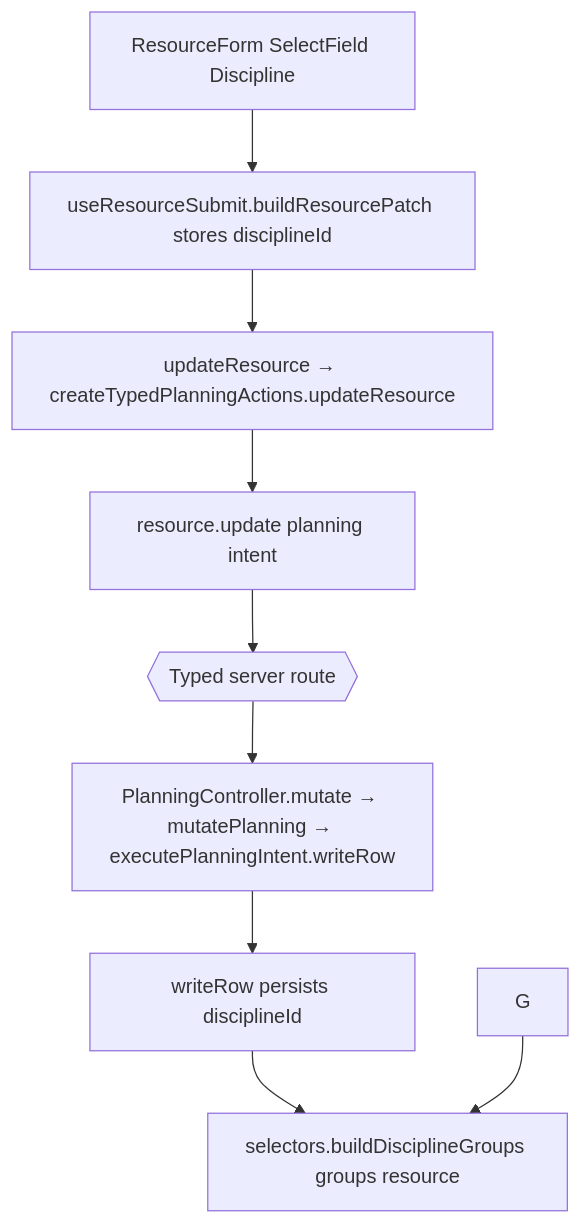
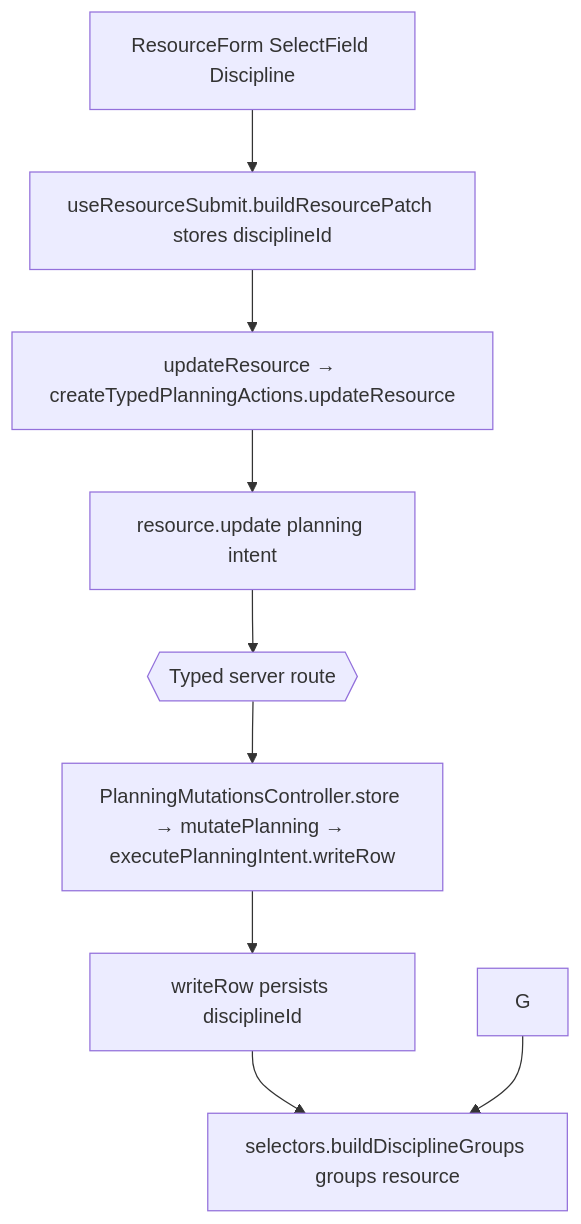
One commit to Kevinjohn/capacitylens changed the second of 2 diagrams in user-stories/resources/US-RES-08-discipline-grouping.md. Above: the diagram before and after it, drawn with Mermaid. The commit also changed other lines of this file and 139 other files, not shown here.

````diff
--- a/user-stories/resources/US-RES-08-discipline-grouping.md
+++ b/user-stories/resources/US-RES-08-discipline-grouping.md
@@ -26,9 +26,9 @@
 ```mermaid
 flowchart TD
   A["ResourceForm SelectField Discipline"] --> B["useResourceSubmit.buildResourcePatch stores disciplineId"]
   B --> C["updateResource → createTypedPlanningActions.updateResource"] --> D["resource.update planning intent"]
   D --> E{{"Typed server route"}}
-  E --> F["PlanningController.mutate → mutatePlanning → executePlanningIntent.writeRow"] --> F2["writeRow persists disciplineId"]
+  E --> F["PlanningMutationsController.store → mutatePlanning → executePlanningIntent.writeRow"] --> F2["writeRow persists disciplineId"]
   F2 --> H["selectors.buildDisciplineGroups groups resource"]
   G --> H
 ```
````
